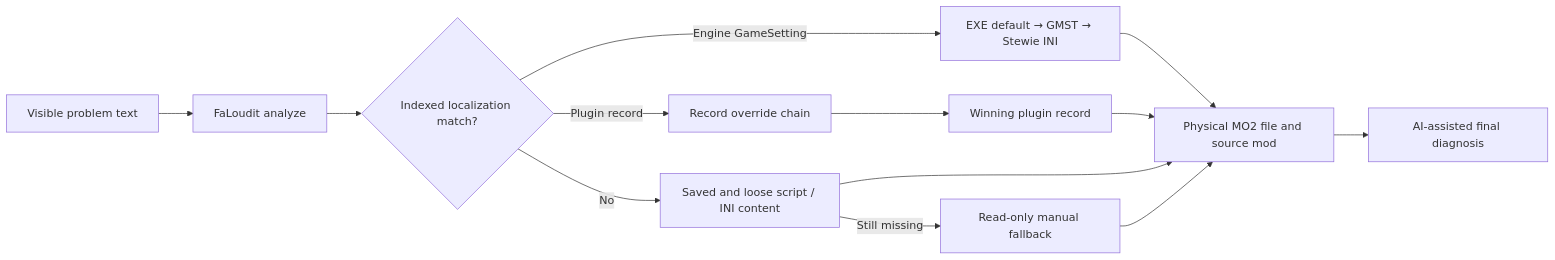
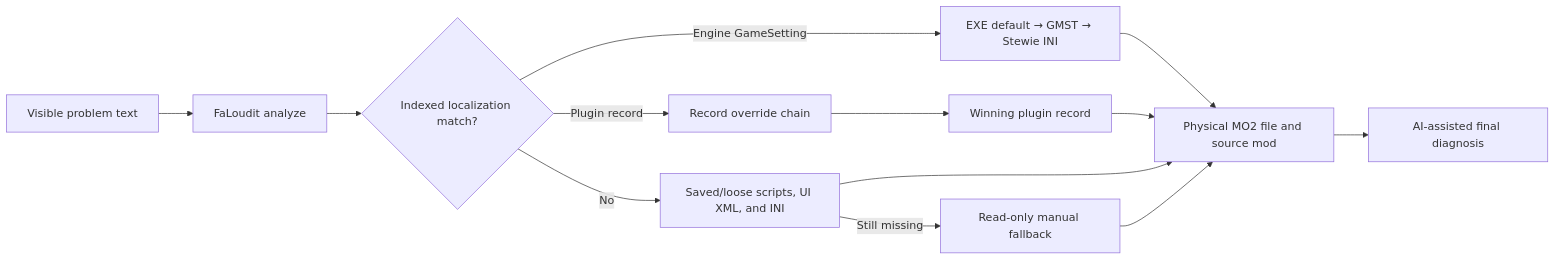
Before and after one commit to YAMium/FaLoudit: the diagram in README.md, drawn with Mermaid. The commit also changed other lines of this file and 19 other files, not shown here.

````diff
--- a/README.md
+++ b/README.md
@@ -58,15 +58,15 @@
 ```mermaid
 flowchart LR
     A[Visible problem text] --> B[FaLoudit analyze]
     B --> C{Indexed localization match?}
     C -->|Plugin record| D[Record override chain]
     C -->|Engine GameSetting| J[EXE default → GMST → Stewie INI]
-    C -->|No| E[Saved and loose script / INI content]
+    C -->|No| E[Saved/loose scripts, UI XML, and INI]
     E -->|Still missing| F[Read-only manual fallback]
     D --> G[Winning plugin record]
     J --> H
     G --> H[Physical MO2 file and source mod]
     E --> H
     F --> H
     H --> I[AI-assisted final diagnosis]
 ```
````
